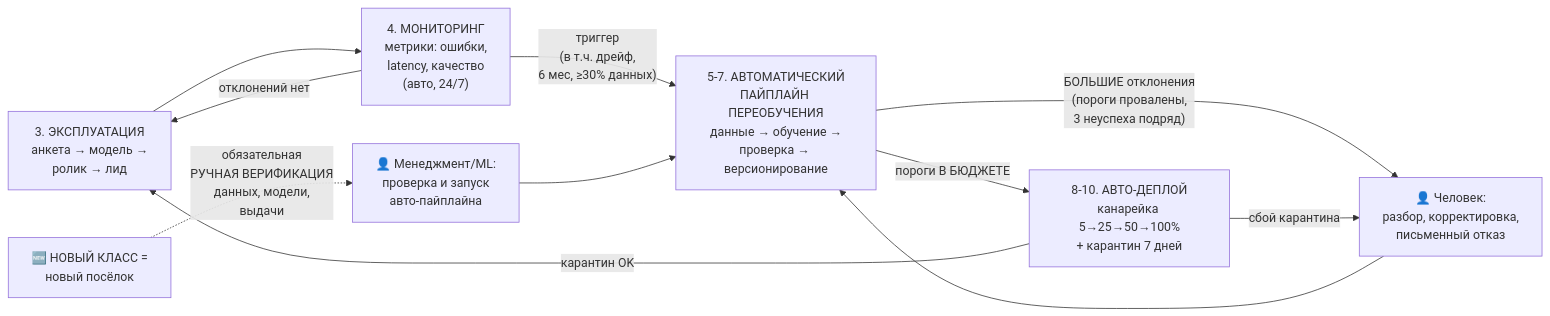
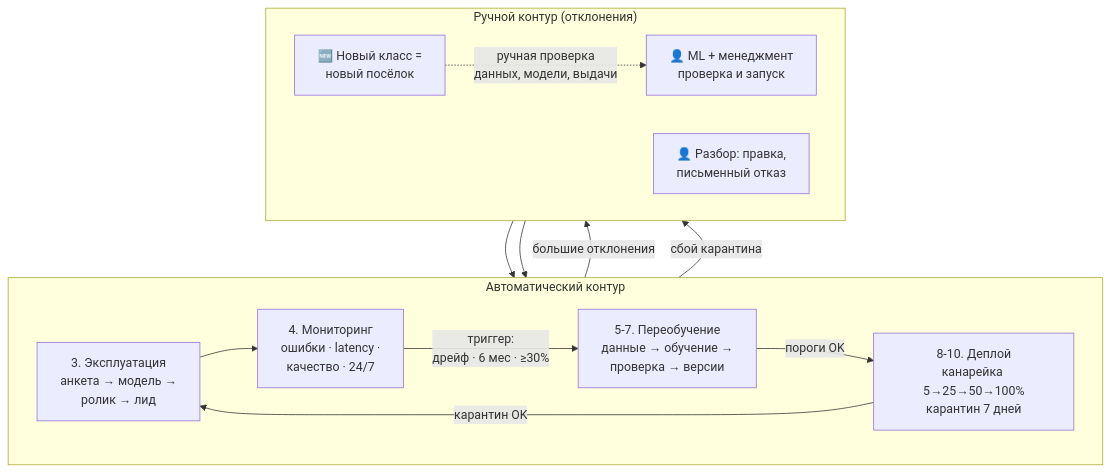
One commit to AnnaKuznetsova-dotcom/video_app_a_production changed the first of 4 diagrams in docs/model_lifecycle.md. Above: the diagram before and after it, drawn with Mermaid. The commit also changed other lines of this file, not shown here.

Commit message:
Make management lifecycle diagram readable: two horizontal lanes instead of one scaled-down row

````diff
--- a/docs/model_lifecycle.md
+++ b/docs/model_lifecycle.md
@@ -16,13 +16,21 @@
 ```mermaid
-flowchart LR
-    MON["3. ЭКСПЛУАТАЦИЯ<br/>анкета → модель →<br/>ролик → лид"] --> MTR["4. МОНИТОРИНГ<br/>метрики: ошибки,<br/>latency, качество<br/>(авто, 24/7)"]
-    MTR -- "отклонений нет" --> MON
-    MTR -- "триггер<br/>(в т.ч. дрейф,<br/>6 мес, ≥30% данных)" --> AUTO["5-7. АВТОМАТИЧЕСКИЙ<br/>ПАЙПЛАЙН ПЕРЕОБУЧЕНИЯ<br/>данные → обучение →<br/>проверка → версионирование"]
-    AUTO -- "пороги В БЮДЖЕТЕ" --> DEP["8-10. АВТО-ДЕПЛОЙ<br/>канарейка 5→25→50→100%<br/>+ карантин 7 дней"]
-    AUTO -- "БОЛЬШИЕ отклонения<br/>(пороги провалены,<br/>3 неуспеха подряд)" --> HUM1["👤 Человек:<br/>разбор, корректировка,<br/>письменный отказ"]
-    DEP -- "карантин OK" --> MON
-    DEP -- "сбой карантинa" --> HUM1
-    NEW["🆕 НОВЫЙ КЛАСС =<br/>новый посёлок"] -.->|"обязательная<br/>РУЧНАЯ ВЕРИФИКАЦИЯ<br/>данных, модели,<br/>выдачи"| HUM2["👤 Менеджмент/ML:<br/>проверка и запуск<br/>авто-пайплайна"]
-    HUM2 --> AUTO
-    HUM1 --> AUTO
+flowchart TB
+    subgraph AUTO["Автоматический контур"]
+        direction LR
+        MON["3. Эксплуатация<br/>анкета → модель →<br/>ролик → лид"] --> MTR["4. Мониторинг<br/>ошибки · latency ·<br/>качество · 24/7"]
+        MTR -- "триггер:<br/>дрейф · 6 мес · ≥30%" --> RETRAIN["5-7. Переобучение<br/>данные → обучение →<br/>проверка → версии"]
+        RETRAIN -- "пороги OK" --> DEP["8-10. Деплой<br/>канарейка 5→25→50→100%<br/>карантин 7 дней"]
+        DEP -- "карантин OK" --> MON
+    end
+
+    subgraph MANUAL["Ручной контур (отклонения)"]
+        direction LR
+        NEW["🆕 Новый класс =<br/>новый посёлок"] -.->|"ручная проверка<br/>данных, модели, выдачи"| HUM2["👤 ML + менеджмент<br/>проверка и запуск"]
+        HUM1["👤 Разбор: правка,<br/>письменный отказ"]
+    end
+
+    RETRAIN -- "большие отклонения" --> HUM1
+    HUM1 --> RETRAIN
+    HUM2 --> RETRAIN
+    DEP -- "сбой карантина" --> HUM1
 ```
````
